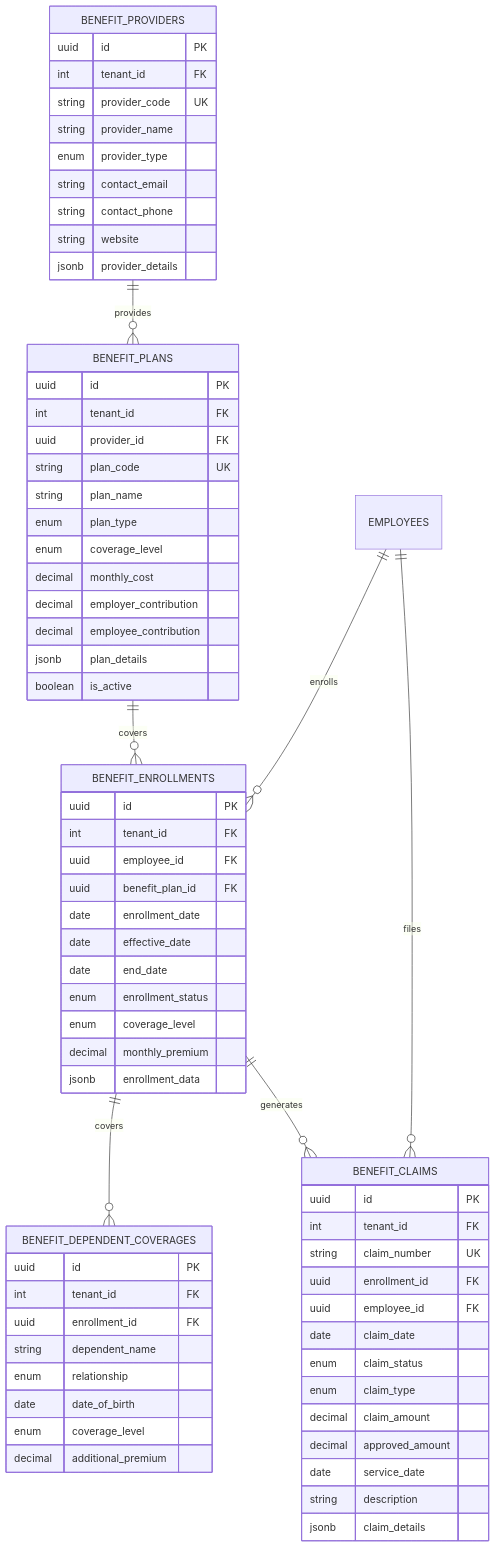
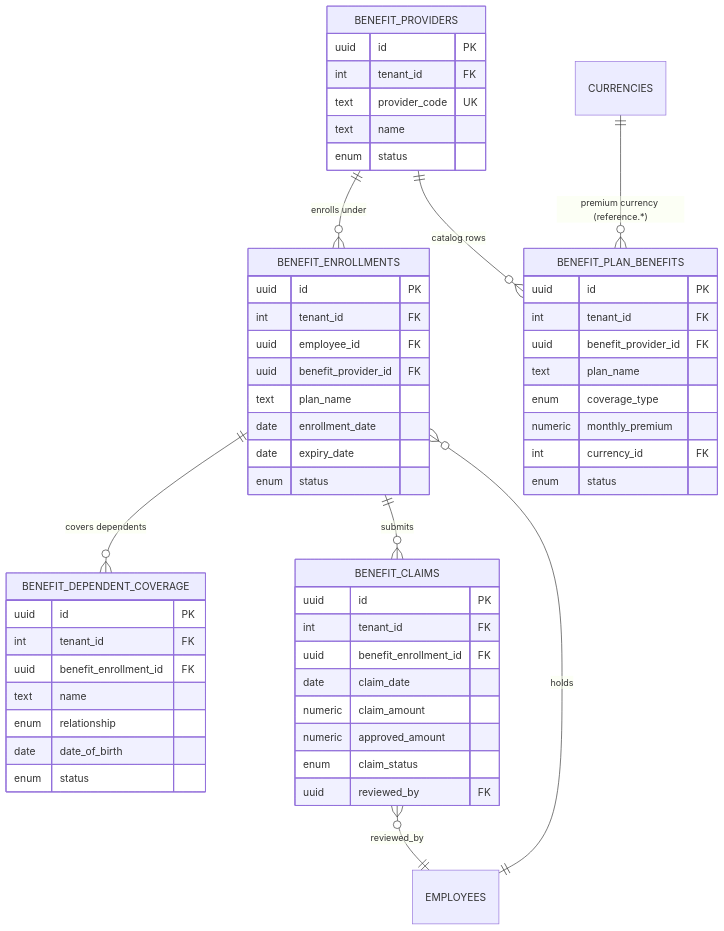
Before and after one commit to pohlai88/AFENDA-META-UI: the second of 18 diagrams in packages/db/src/schema/hr/hr-docs/SCHEMA_DIAGRAM.md, drawn with Mermaid. The commit also changed other lines of this file and 217 other files, not shown here.

````diff
--- a/packages/db/src/schema/hr/hr-docs/SCHEMA_DIAGRAM.md
+++ b/packages/db/src/schema/hr/hr-docs/SCHEMA_DIAGRAM.md
@@ -147,77 +155,61 @@
 ```mermaid
 erDiagram
-    BENEFIT_PROVIDERS ||--o{ BENEFIT_PLANS : "provides"
-    BENEFIT_PLANS ||--o{ BENEFIT_ENROLLMENTS : "covers"
-    EMPLOYEES ||--o{ BENEFIT_ENROLLMENTS : "enrolls"
-    BENEFIT_ENROLLMENTS ||--o{ BENEFIT_DEPENDENT_COVERAGES : "covers"
-    BENEFIT_ENROLLMENTS ||--o{ BENEFIT_CLAIMS : "generates"
-    EMPLOYEES ||--o{ BENEFIT_CLAIMS : "files"
+    BENEFIT_PROVIDERS ||--o{ BENEFIT_ENROLLMENTS : "enrolls under"
+    EMPLOYEES ||--o{ BENEFIT_ENROLLMENTS : "holds"
+    BENEFIT_ENROLLMENTS ||--o{ BENEFIT_DEPENDENT_COVERAGE : "covers dependents"
+    BENEFIT_ENROLLMENTS ||--o{ BENEFIT_CLAIMS : "submits"
+    BENEFIT_PROVIDERS ||--o{ BENEFIT_PLAN_BENEFITS : "catalog rows"
+    BENEFIT_CLAIMS }o--|| EMPLOYEES : "reviewed_by"
+    CURRENCIES ||--o{ BENEFIT_PLAN_BENEFITS : "premium currency (reference.*)"
 
     BENEFIT_PROVIDERS {
         uuid id PK
         int tenant_id FK
-        string provider_code UK
-        string provider_name
-        enum provider_type
-        string contact_email
-        string contact_phone
-        string website
-        jsonb provider_details
-    }
-
-    BENEFIT_PLANS {
-        uuid id PK
-        int tenant_id FK
-        uuid provider_id FK
-        string plan_code UK
-        string plan_name
-        enum plan_type
-        enum coverage_level
-        decimal monthly_cost
-        decimal employer_contribution
-        decimal employee_contribution
-        jsonb plan_details
-        boolean is_active
+        text provider_code UK
+        text name
+        enum status
     }
 
     BENEFIT_ENROLLMENTS {
         uuid id PK
         int tenant_id FK
         uuid employee_id FK
-        uuid benefit_plan_id FK
+        uuid benefit_provider_id FK
+        text plan_name
         date enrollment_date
-        date effective_date
-        date end_date
-        enum enrollment_status
-        enum coverage_level
-        decimal monthly_premium
-        jsonb enrollment_data
+        date expiry_date
+        enum status
     }
 
-    BENEFIT_DEPENDENT_COVERAGES {
+    BENEFIT_DEPENDENT_COVERAGE {
         uuid id PK
         int tenant_id FK
-        uuid enrollment_id FK
-        string dependent_name
+        uuid benefit_enrollment_id FK
+        text name
         enum relationship
         date date_of_birth
-        enum coverage_level
-        decimal additional_premium
+        enum status
     }
 
     BENEFIT_CLAIMS {
         uuid id PK
         int tenant_id FK
-        string claim_number UK
-        uuid enrollment_id FK
-        uuid employee_id FK
+        uuid benefit_enrollment_id FK
         date claim_date
+        numeric claim_amount
+        numeric approved_amount
         enum claim_status
-        enum claim_type
-        decimal claim_amount
-        decimal approved_amount
-        date service_date
-        string description
-        jsonb claim_details
+        uuid reviewed_by FK
+    }
+
+    BENEFIT_PLAN_BENEFITS {
+        uuid id PK
+        int tenant_id FK
+        uuid benefit_provider_id FK
+        text plan_name
+        enum coverage_type
+        numeric monthly_premium
+        int currency_id FK
+        enum status
     }
 ```
````
